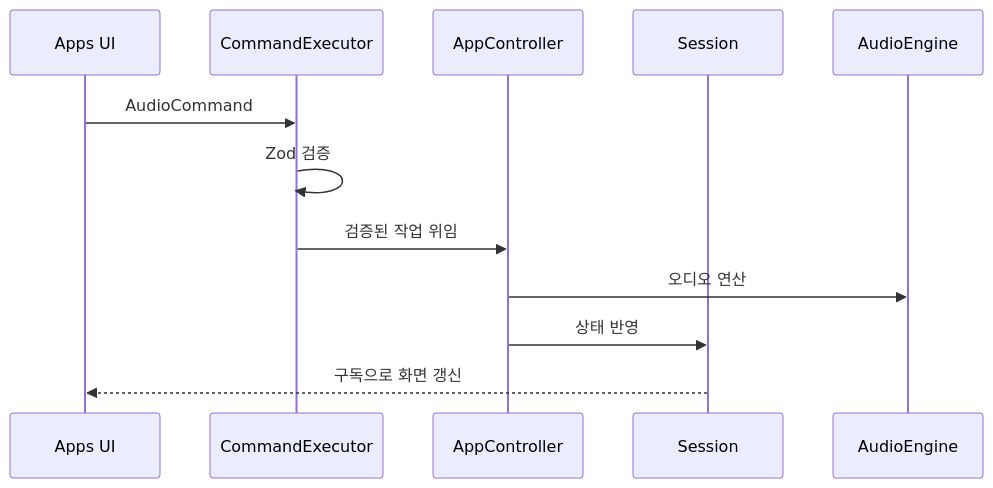
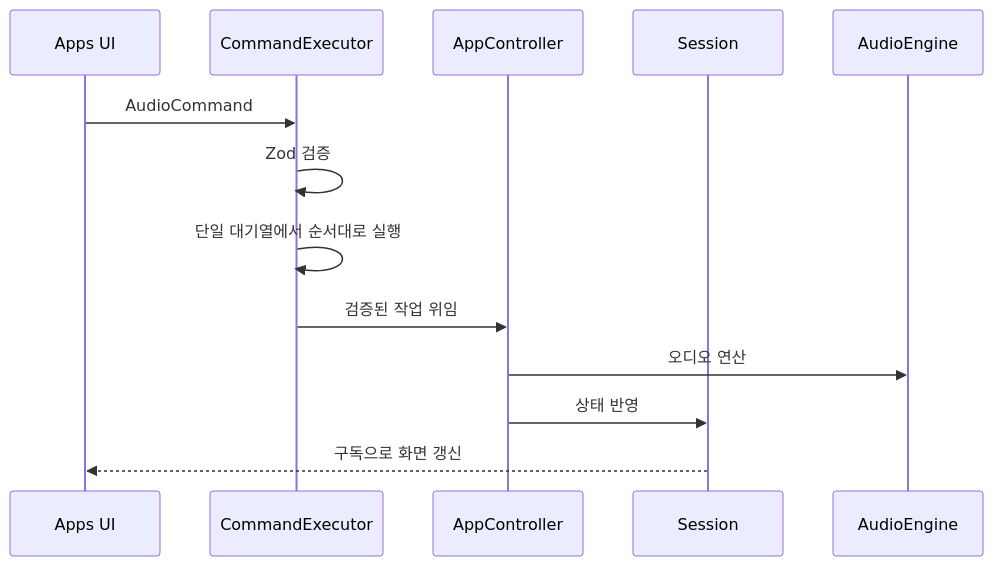
One commit to whizzkid1452/drop-ai changed the fourth of 4 diagrams in docs/architecture.md. Above: the diagram before and after it, drawn with Mermaid. The commit also changed other lines of this file and 3 other files, not shown here.

````diff
--- a/docs/architecture.md
+++ b/docs/architecture.md
@@ -139,15 +145,16 @@
 ```mermaid
 sequenceDiagram
     participant U as Apps UI
     participant X as CommandExecutor
     participant C as AppController
     participant S as Session
     participant E as AudioEngine
 
     U->>X: AudioCommand
     X->>X: Zod 검증
+    X->>X: 단일 대기열에서 순서대로 실행
     X->>C: 검증된 작업 위임
     C->>E: 오디오 연산
     C->>S: 상태 반영
     S-->>U: 구독으로 화면 갱신
 ```
````
